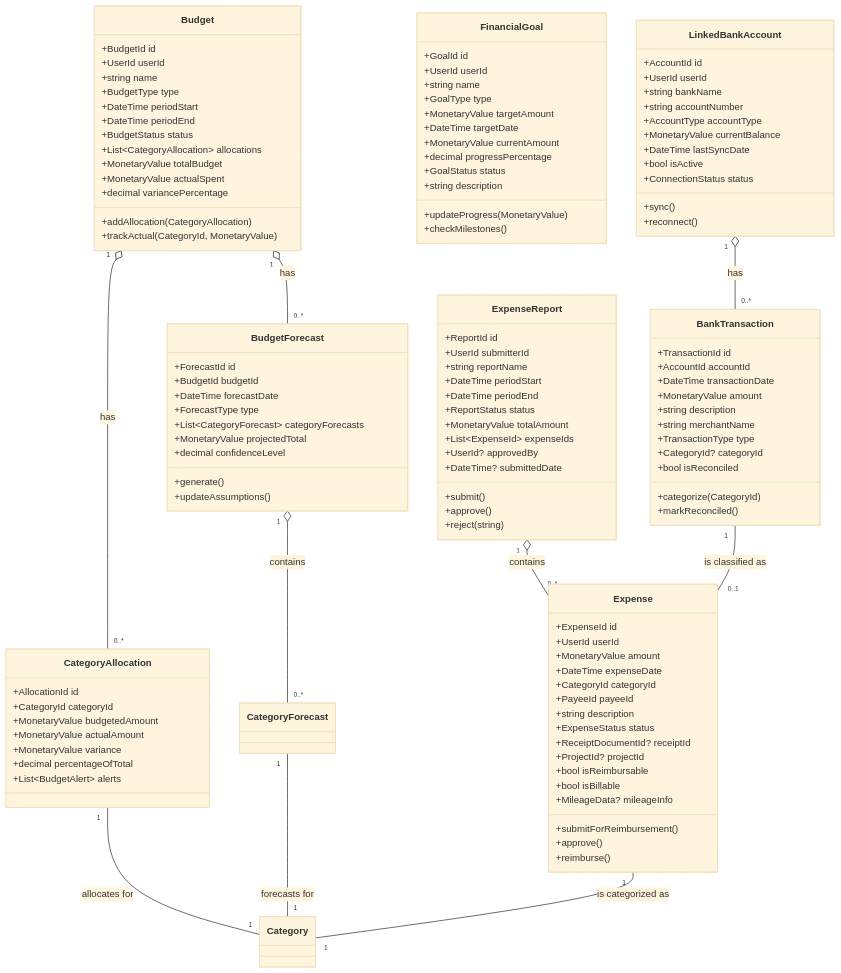
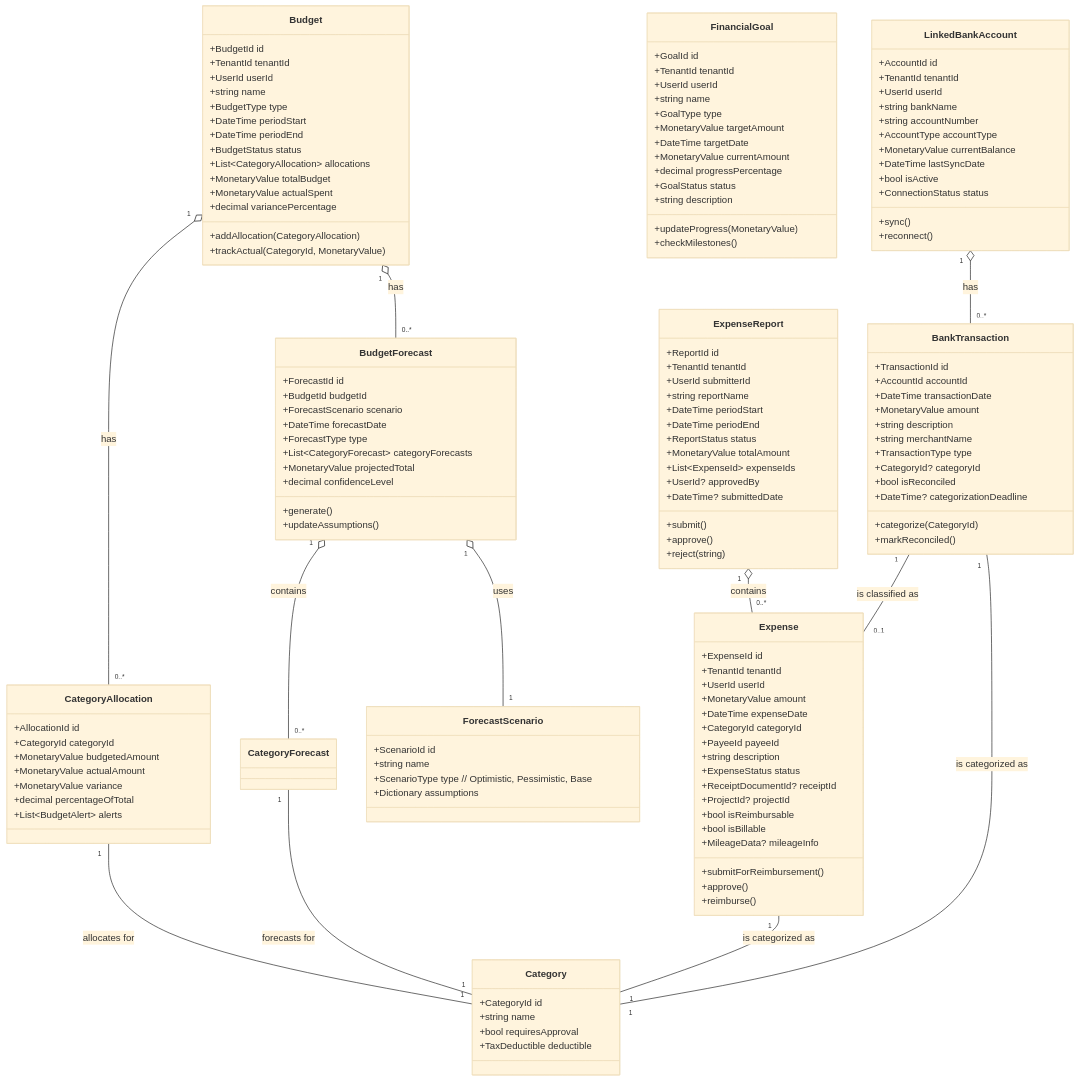
Before and after one commit to anuj-noumena/nouassist: the fourth of 6 diagrams in Docs/Requirement/DomainSpecification/FinancialManagement.md, drawn with Mermaid (base theme). The commit also changed other lines of this file and 130 other files, not shown here.

````diff
--- a/Docs/Requirement/DomainSpecification/FinancialManagement.md
+++ b/Docs/Requirement/DomainSpecification/FinancialManagement.md
@@ -1891,6 +1823,7 @@
 classDiagram
     class Expense {
         +ExpenseId id
+        +TenantId tenantId
         +UserId userId
         +MonetaryValue amount
         +DateTime expenseDate
@@ -1907,9 +1840,10 @@
         +approve()
         +reimburse()
     }
-    
+   
     class ExpenseReport {
         +ReportId id
+        +TenantId tenantId
         +UserId submitterId
         +string reportName
         +DateTime periodStart
@@ -1923,9 +1857,10 @@
         +approve()
         +reject(string)
     }
-    
+   
     class Budget {
         +BudgetId id
+        +TenantId tenantId
         +UserId userId
         +string name
         +BudgetType type
@@ -1939,7 +1874,7 @@
         +addAllocation(CategoryAllocation)
         +trackActual(CategoryId, MonetaryValue)
     }
-    
+   
     class CategoryAllocation {
         +AllocationId id
         +CategoryId categoryId
@@ -1949,9 +1884,17 @@
         +decimal percentageOfTotal
         +List~BudgetAlert~ alerts
     }
-    
+   
+    class Category {
+        +CategoryId id
+        +string name
+        +bool requiresApproval
+        +TaxDeductible deductible
+    }
+   
     class FinancialGoal {
         +GoalId id
+        +TenantId tenantId
         +UserId userId
         +string name
         +GoalType type
@@ -1964,9 +1907,10 @@
         +updateProgress(MonetaryValue)
         +checkMilestones()
     }
-    
+   
     class LinkedBankAccount {
         +AccountId id
+        +TenantId tenantId
         +UserId userId
         +string bankName
         +string accountNumber
@@ -1978,7 +1922,7 @@
         +sync()
         +reconnect()
     }
-    
+   
     class BankTransaction {
         +TransactionId id
         +AccountId accountId
@@ -1989,13 +1933,15 @@
         +TransactionType type
         +CategoryId? categoryId
         +bool isReconciled
+        +DateTime? categorizationDeadline
         +categorize(CategoryId)
         +markReconciled()
     }
-    
+   
     class BudgetForecast {
         +ForecastId id
         +BudgetId budgetId
+        +ForecastScenario scenario
         +DateTime forecastDate
         +ForecastType type
         +List~CategoryForecast~ categoryForecasts
@@ -2004,27 +1950,31 @@
         +generate()
         +updateAssumptions()
     }
-
+   
+    class ForecastScenario {
+        +ScenarioId id
+        +string name
+        +ScenarioType type // Optimistic, Pessimistic, Base
+        +Dictionary<string, decimal> assumptions
+    }
   %% --- Expense Reporting ---
     %% An Expense Report contains multiple individual expenses.
     ExpenseReport "1" o-- "0..*" Expense : contains
-
     %% --- Budget Structure ---
     %% A Budget has allocations and forecasts, which are broken down by category.
     Budget "1" o-- "0..*" CategoryAllocation : has
     Budget "1" o-- "0..*" BudgetForecast : has
     BudgetForecast "1" o-- "0..*" CategoryForecast : contains
-
+    BudgetForecast "1" o-- "1" ForecastScenario : uses
     %% --- Central Category Links (The Core Fix) ---
     %% The Category is the central pivot connecting spending to budgets.
     CategoryAllocation "1" -- "1" Category : allocates for
     CategoryForecast "1" -- "1" Category : forecasts for
     Expense "1" -- "1" Category : is categorized as
-
+    BankTransaction "1" -- "1" Category : is categorized as
     %% --- Transaction and Expense Classification ---
     %% Transactions are pulled from a bank account.
     LinkedBankAccount "1" o-- "0..*" BankTransaction : has
-
     %% A bank transaction can be classified as a specific expense.
     BankTransaction "1" -- "0..1" Expense : is classified as
 ```
````
